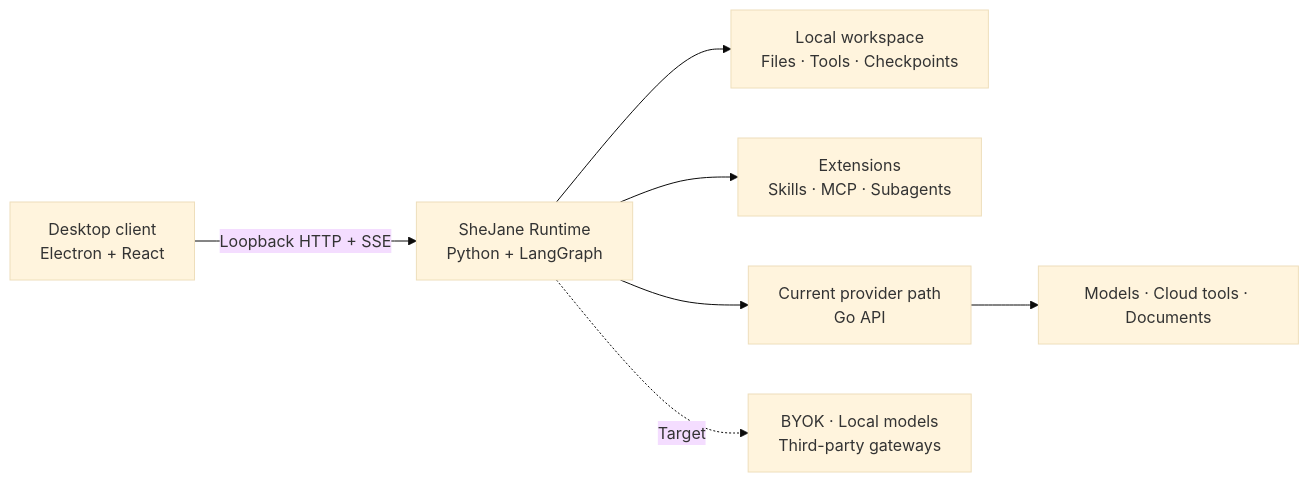
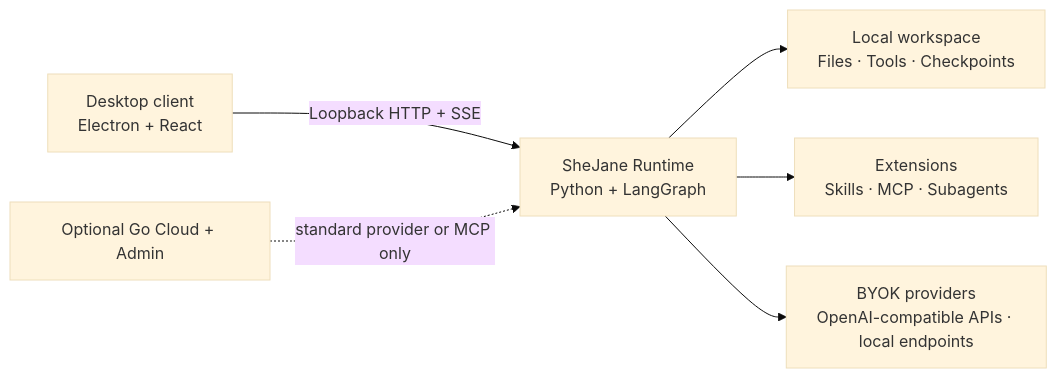
One commit to jimmyrogue/SheJane changed the diagram in README.md. Above: the diagram before and after it, drawn with Mermaid (base theme). The commit also changed other lines of this file and 14 other files, not shown here.

Commit message:
docs(architecture): describe standalone harness modules

````diff
--- a/README.md
+++ b/README.md
@@ -29,9 +29,8 @@
 ```mermaid
 flowchart LR
     D["Desktop client<br/>Electron + React"] -->|"Loopback HTTP + SSE"| R["SheJane Runtime<br/>Python + LangGraph"]
     R --> W["Local workspace<br/>Files · Tools · Checkpoints"]
     R --> E["Extensions<br/>Skills · MCP · Subagents"]
-    R --> G["Current provider path<br/>Go API"]
-    G --> M["Models · Cloud tools · Documents"]
-    R -. "Target" .-> B["BYOK · Local models<br/>Third-party gateways"]
+    R --> B["BYOK providers<br/>OpenAI-compatible APIs · local endpoints"]
+    C["Optional Go Cloud + Admin"] -. "standard provider or MCP only" .-> R
 ```
````
